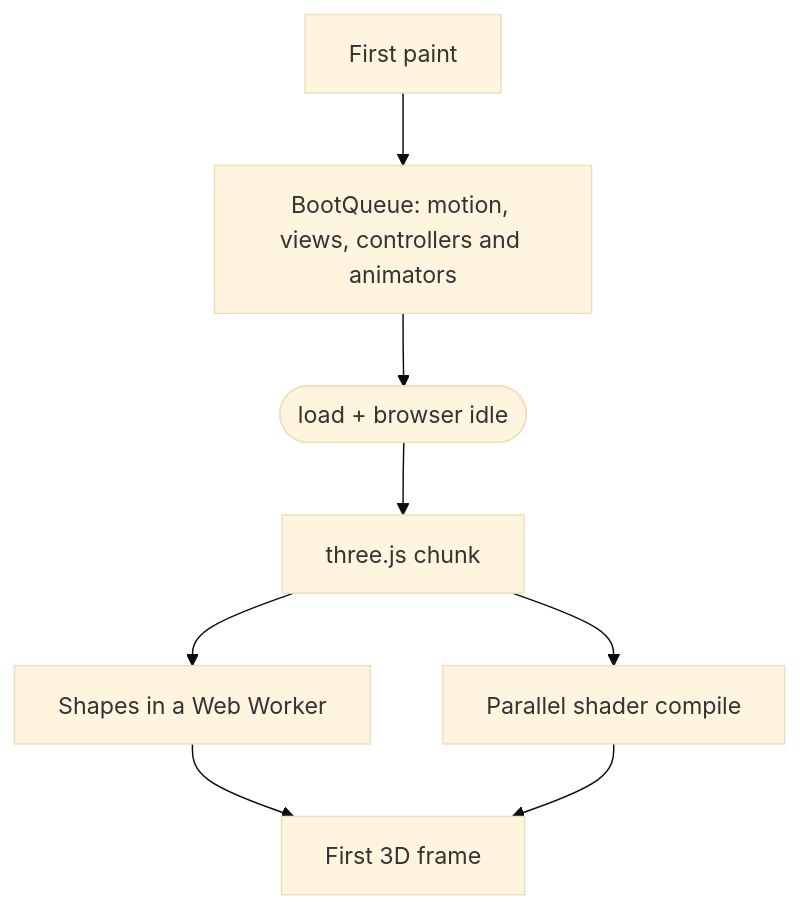
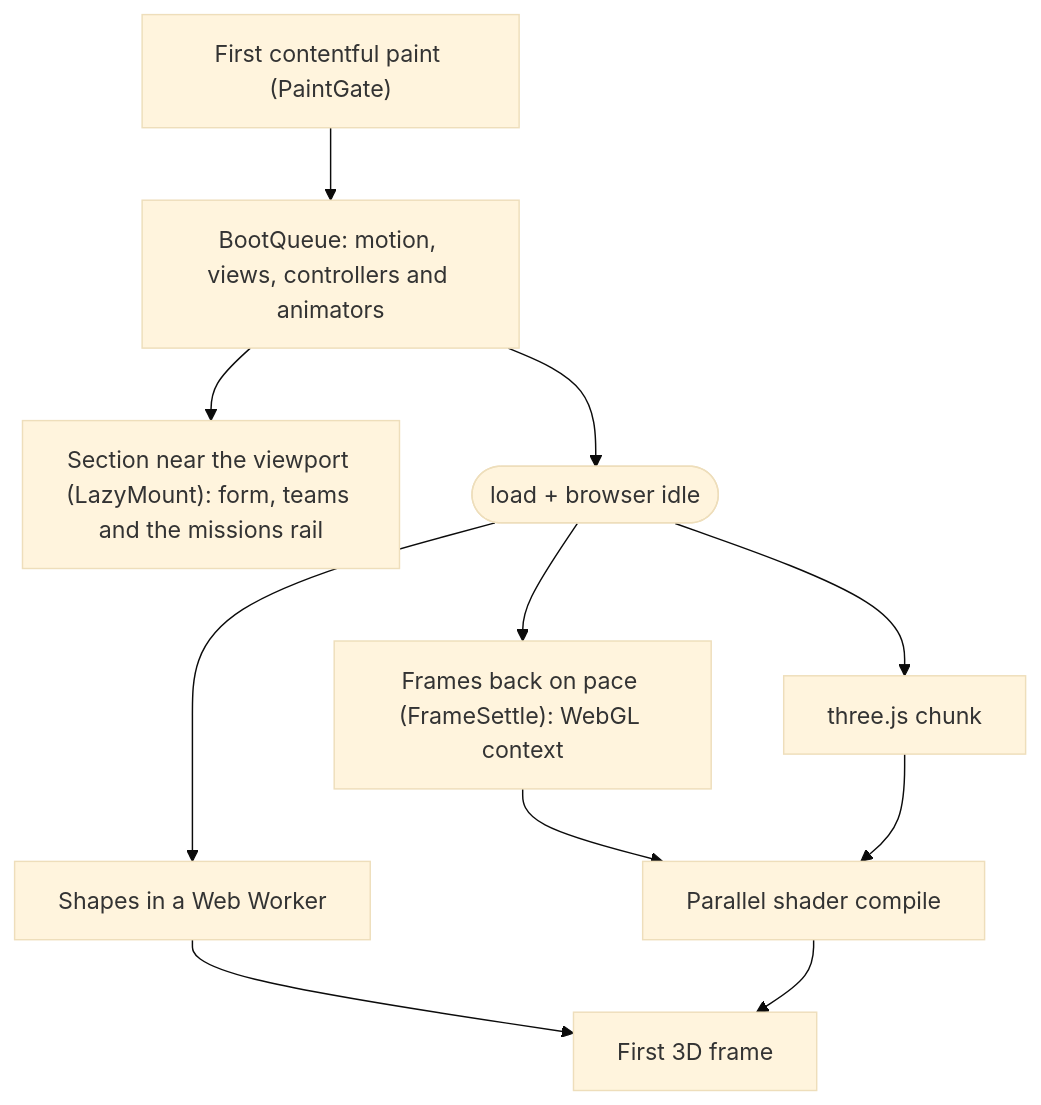
The second of 2 diagrams in README.en.md (Marcos-Codfy/lp-hackarun), drawn with Mermaid (base theme) before and after one commit. The commit also changed other lines of this file and 16 other files, not shown here.

````diff
--- a/README.en.md
+++ b/README.en.md
@@ -318,10 +189,13 @@
 ```mermaid
 flowchart TB
-  P["First paint"] --> B["BootQueue: motion, views, controllers and animators"]
+  P["First contentful paint (PaintGate)"] --> B["BootQueue: motion, views, controllers and animators"]
+  B --> Z["Section near the viewport (LazyMount): form, teams and the missions rail"]
   B --> L(["load + browser idle"])
   L --> X["three.js chunk"]
-  X --> W["Shapes in a Web Worker"]
-  X --> S["Parallel shader compile"]
+  L --> W["Shapes in a Web Worker"]
+  L --> F["Frames back on pace (FrameSettle): WebGL context"]
+  F --> S["Parallel shader compile"]
+  X --> S
   W --> R["First 3D frame"]
   S --> R
 ```
````
